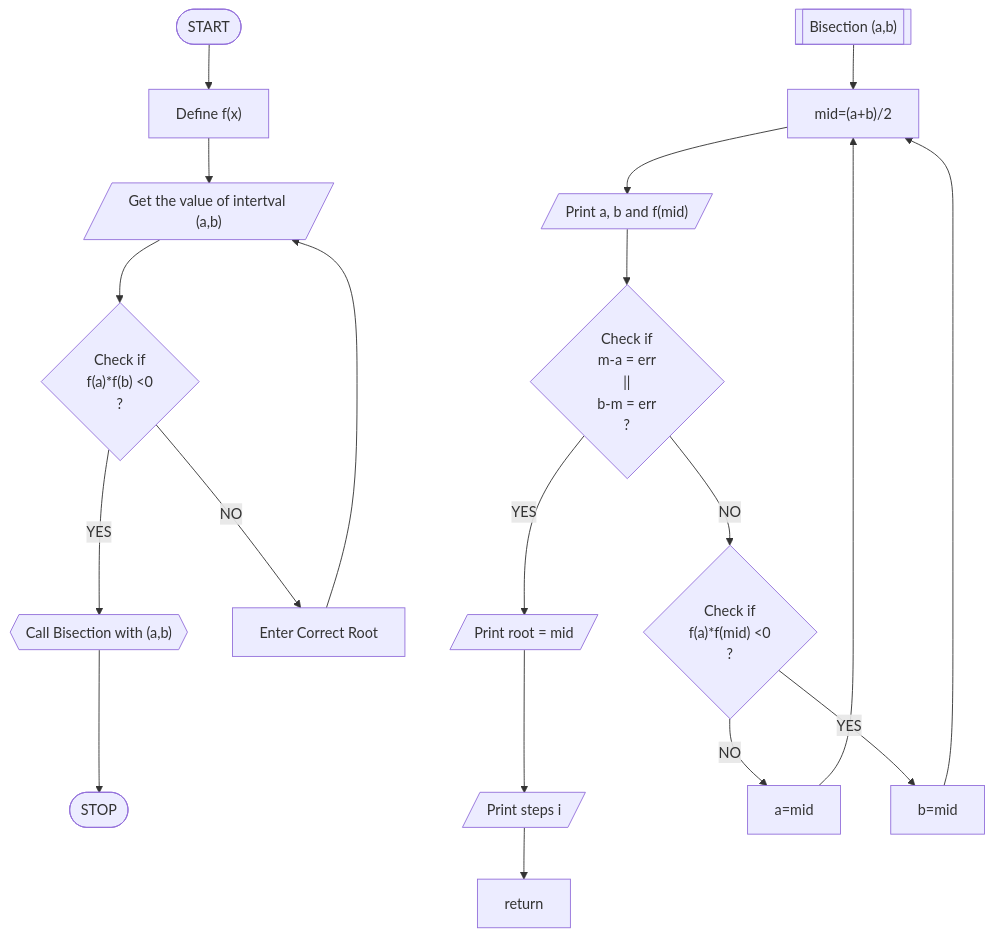
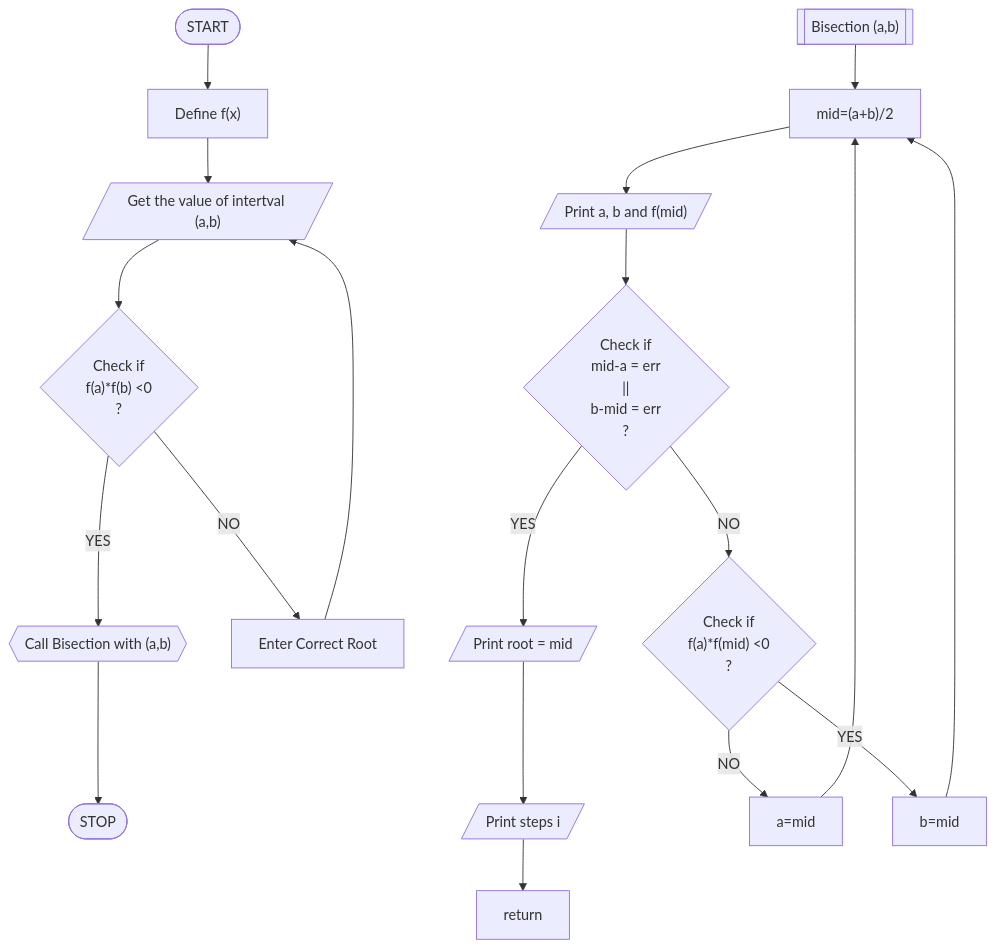
One commit to Nothing-avil/CBNST changed the diagram in Bisection/README.md. Above: the diagram before and after it, drawn with Mermaid.

Commit message:
Flowchart

````diff
--- a/Bisection/README.md
+++ b/Bisection/README.md
@@ -3,19 +3,19 @@
 ```mermaid
 flowchart TD
 
 A([START]) -->B["Define f(x)"]
 B --> C[/"Get the value of intertval (a,b)"/]
 C --> D{"Check if <br/> f(a)*f(b) <0 <br/> ?"}
 D --"YES"-->E{{"Call Bisection with (a,b)"}}
 D --"NO"-->F[Enter Correct Root]
 F --> C
 E --> S([STOP])
 
 x[["Bisection (a,b)"]]--> Q["mid=(a+b)/2"]
 Q--> Z[/"Print a, b and f(mid)"/]
-Z--> P{"Check if <br/> m-a = err <br/> || <br/> b-m = err <br/> ?"}
+Z--> P{"Check if <br/> mid-a = err <br/> || <br/> b-mid = err <br/> ?"}
 P--"NO"--> W{"Check if  <br/> f(a)*f(mid) <0 <br/> ?"}
 P--"YES"--> l[/"Print root = mid"/] --> a[/"Print steps i"/]--> d[return]
 W--"NO"-->c["a=mid"]-->Q
 W--"YES"-->i["b=mid"]-->Q
 ```
````
